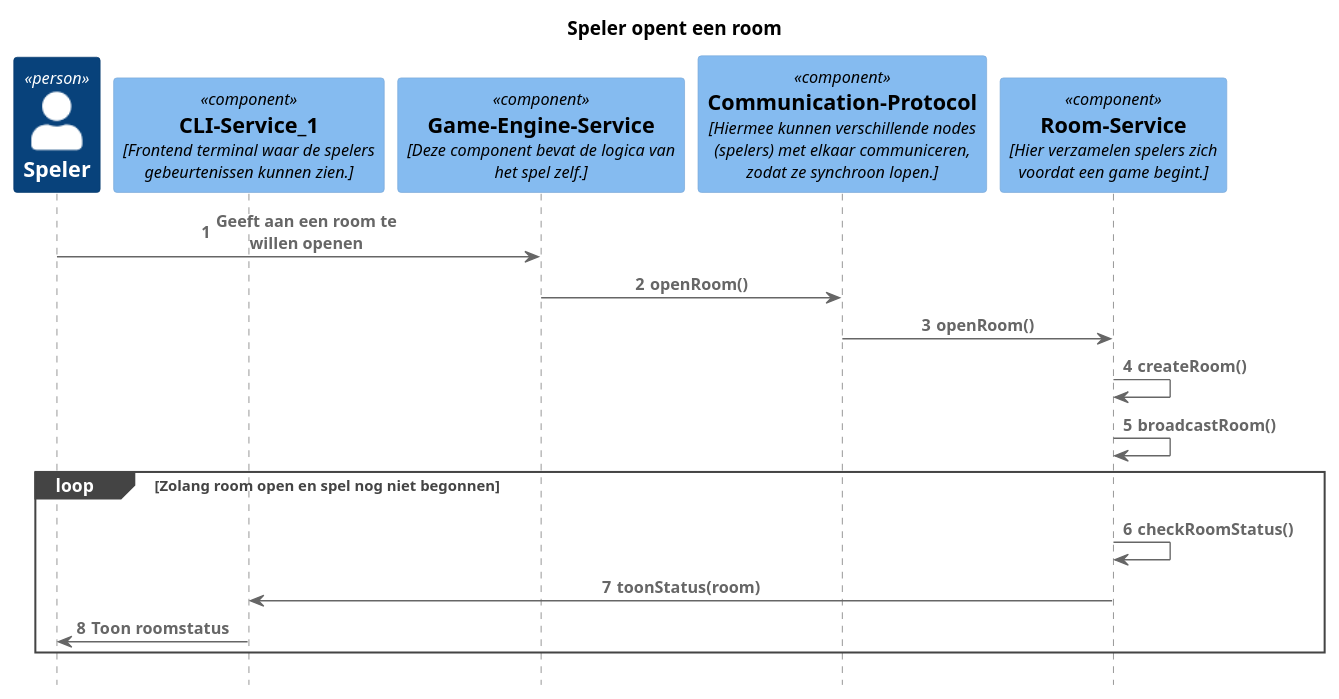
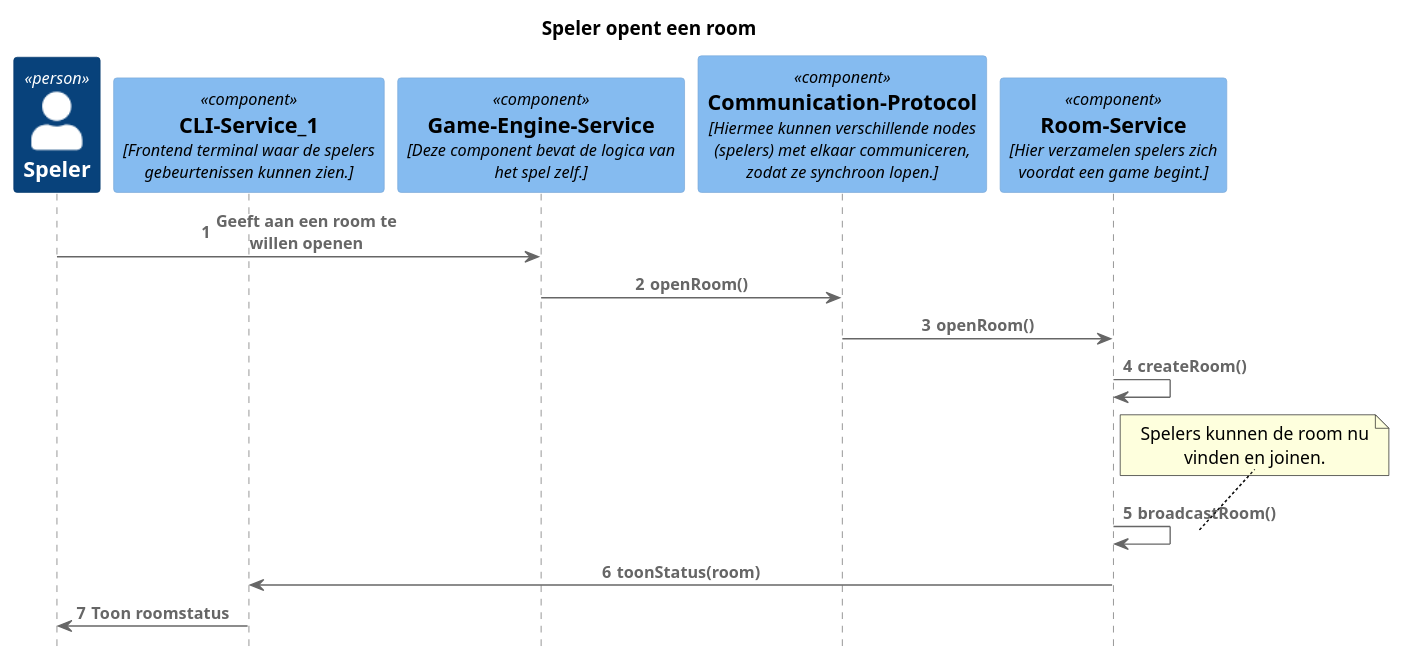
One commit to DaanBannaan/SAD-sequentie changed the diagram in roomOpenen.puml. Above: the diagram before and after it, drawn with PlantUML. The commit also changed 4 other files, not shown here.

Commit message:
aanpassingen aan diagrammen naderhand van bespreken

```diff
--- a/roomOpenen.puml
+++ b/roomOpenen.puml
@@ -1,43 +1,44 @@
 @startuml
 !include https://raw.githubusercontent.com/plantuml-stdlib/C4-PlantUML/master/C4_Sequence.puml
 
 autonumber
 
 'Person(user, "Speler")
 'Component(configuration, "Configuration-Service", "Hier kan het gedrag van een agent aangepast worden en kunnen nieuwe modules toegevoegd worden.")
 'Component(world, "World-Service", "Hier vindt de wereldgeneratie plaats en bevind zich de wereldstatus.")
 'Component(engine, "Game-Engine-Service", "Deze component bevat de logica van het spel zelf.")
 'Component(agent, "Agent-Service", "Deze component bevat de logica van een agent.")
 'Component(player, "Player-Service", "Deze component bevat de logica van een karakter.")
 'Component(monster, "Monster-Service", "Deze component bevat de logica van een monster.")
 'Component(save, "Save-and-Load-Service", "Deze component regelt het laden en opslaan van het spel.")
 'Component(communication, "Communication-Protocol", "Hiermee kunnen verschillende nodes (spelers) met elkaar communiceren, zodat ze synchroon lopen.")
 'Component(cli, "CLI-Service", "Dit is de frontend terminal waarmee spelers kunnen communiceren met de game.")
 'Component(chat, "Chat-Service", "Via dit component kunnen spelers met elkaar chatten.")
 'Component(logging, "Logging-Service", "Hier worden CPU gebruik, RAM gebruik, aantal spelers, netwerkvertraging, connecties, gevechten, agent-overnames, fouten en saves gelogd.")
 'Component(room, "Room-Service", "Hier verzamelen spelers zich voordat een game begint.")
 
 title Speler opent een room
 
 Person(user, "Speler")
 Component(cli1, "CLI-Service_1", "Frontend terminal waar de spelers gebeurtenissen kunnen zien.")
 Component(engine, "Game-Engine-Service", "Deze component bevat de logica van het spel zelf.")
 Component(communication, "Communication-Protocol", "Hiermee kunnen verschillende nodes (spelers) met elkaar communiceren, zodat ze synchroon lopen.")
 Component(room, "Room-Service", "Hier verzamelen spelers zich voordat een game begint.")
 
 
 Rel(user, engine, "Geeft aan een room te willen openen")
 Rel(engine, communication, "openRoom()")
 Rel(communication, room, "openRoom()")
 Rel(room, room, "createRoom()")
 Rel(room, room, "broadcastRoom()")
-loop Zolang room open en spel nog niet begonnen
-Rel(room, room, "checkRoomStatus()")
+note top
+Spelers kunnen de room nu vinden en joinen.
+end note
 Rel(room, cli1, "toonStatus(room)")
 
 
 Rel(cli1, user, "Toon roomstatus")
 
 
 
 @enduml
```
